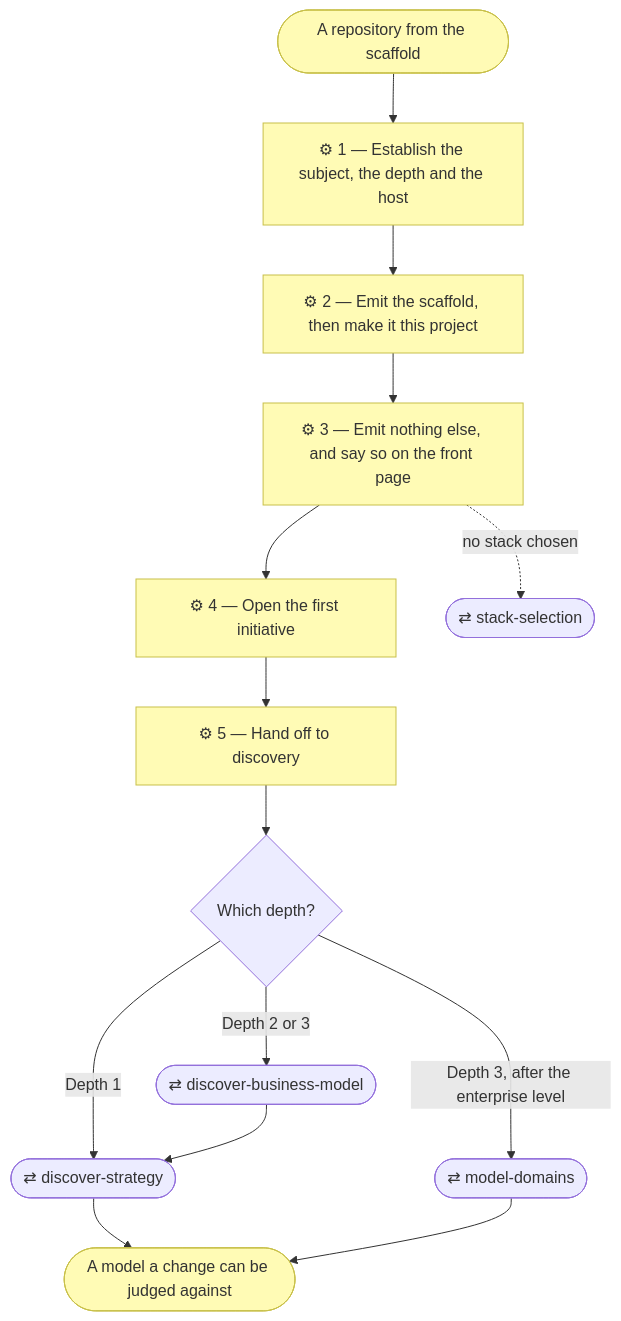
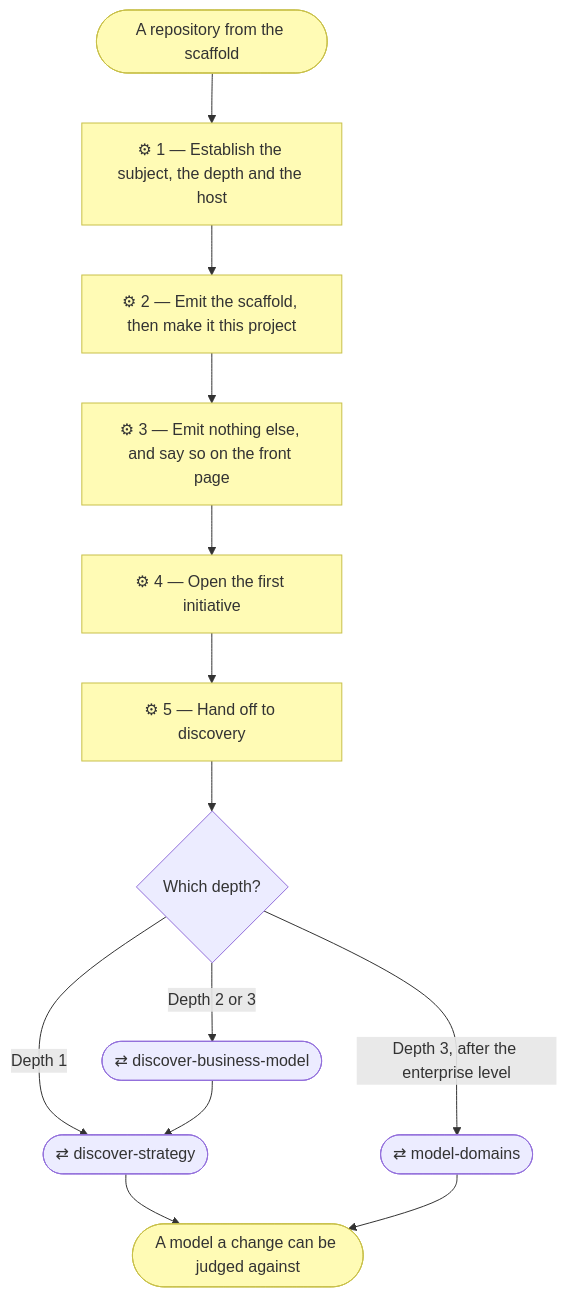
One commit to roanboc/archreator changed the diagram in plugins/archreator/skills/establish-project/SKILL.md. Above: the diagram before and after it, drawn with Mermaid. The commit also changed other lines of this file and 47 other files, not shown here.

````diff
--- a/plugins/archreator/skills/establish-project/SKILL.md
+++ b/plugins/archreator/skills/establish-project/SKILL.md
@@ -40,25 +40,23 @@
 ```mermaid
 flowchart TD
   req(["A repository from the scaffold"])
   s1["⚙ 1 — Establish the subject, the depth and the host"]
   s2["⚙ 2 — Emit the scaffold, then make it this project"]
   s3["⚙ 3 — Emit nothing else, and say so on the front page"]
   s4["⚙ 4 — Open the first initiative"]
   s5["⚙ 5 — Hand off to discovery"]
   d{"Which depth?"}
-  ss(["⇄ stack-selection"])
   dbm(["⇄ discover-business-model"])
   ds(["⇄ discover-strategy"])
   md(["⇄ model-domains"])
   out(["A model a change can be judged against"])
 
   req --> s1 --> s2 --> s3 --> s4 --> s5 --> d
-  s3 -. no stack chosen .-> ss
   d -->|Depth 1| ds
   d -->|Depth 2 or 3| dbm --> ds
   ds --> out
   d -->|Depth 3, after the enterprise level| md --> out
 
   classDef business fill:#fffbb5,stroke:#c8c04a,color:#333
   class s1,s2,s3,s4,s5,req,out business
 ```
````
